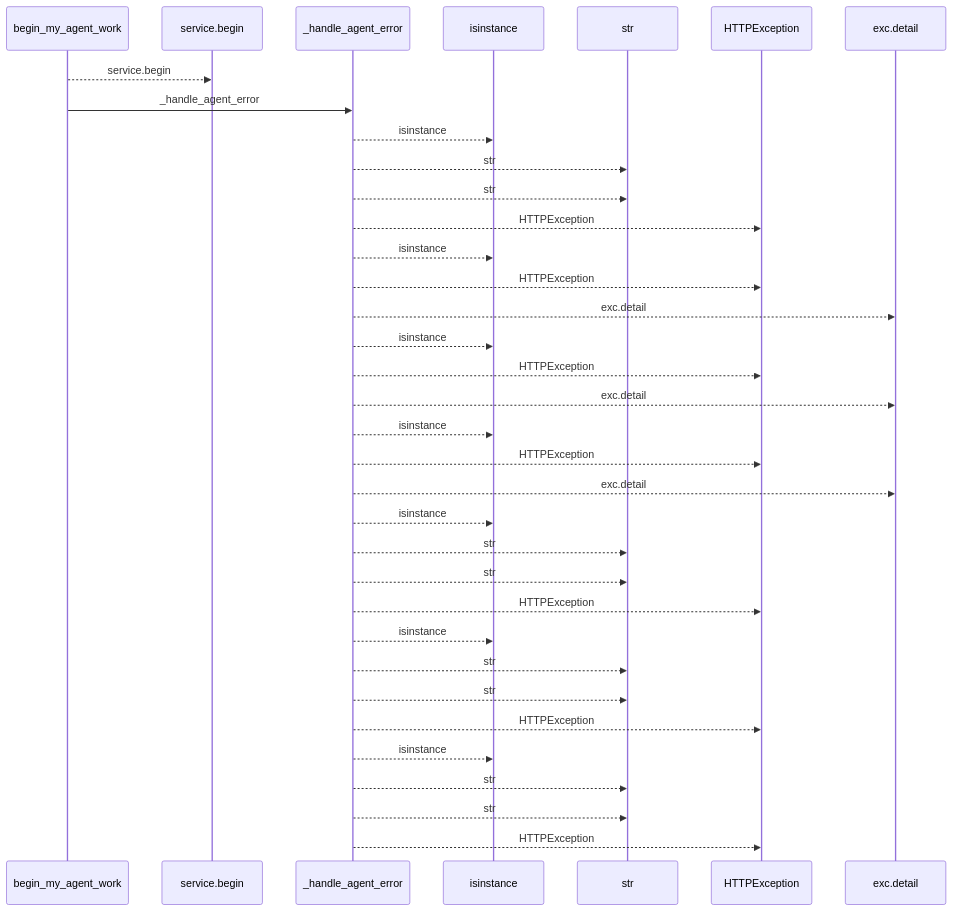
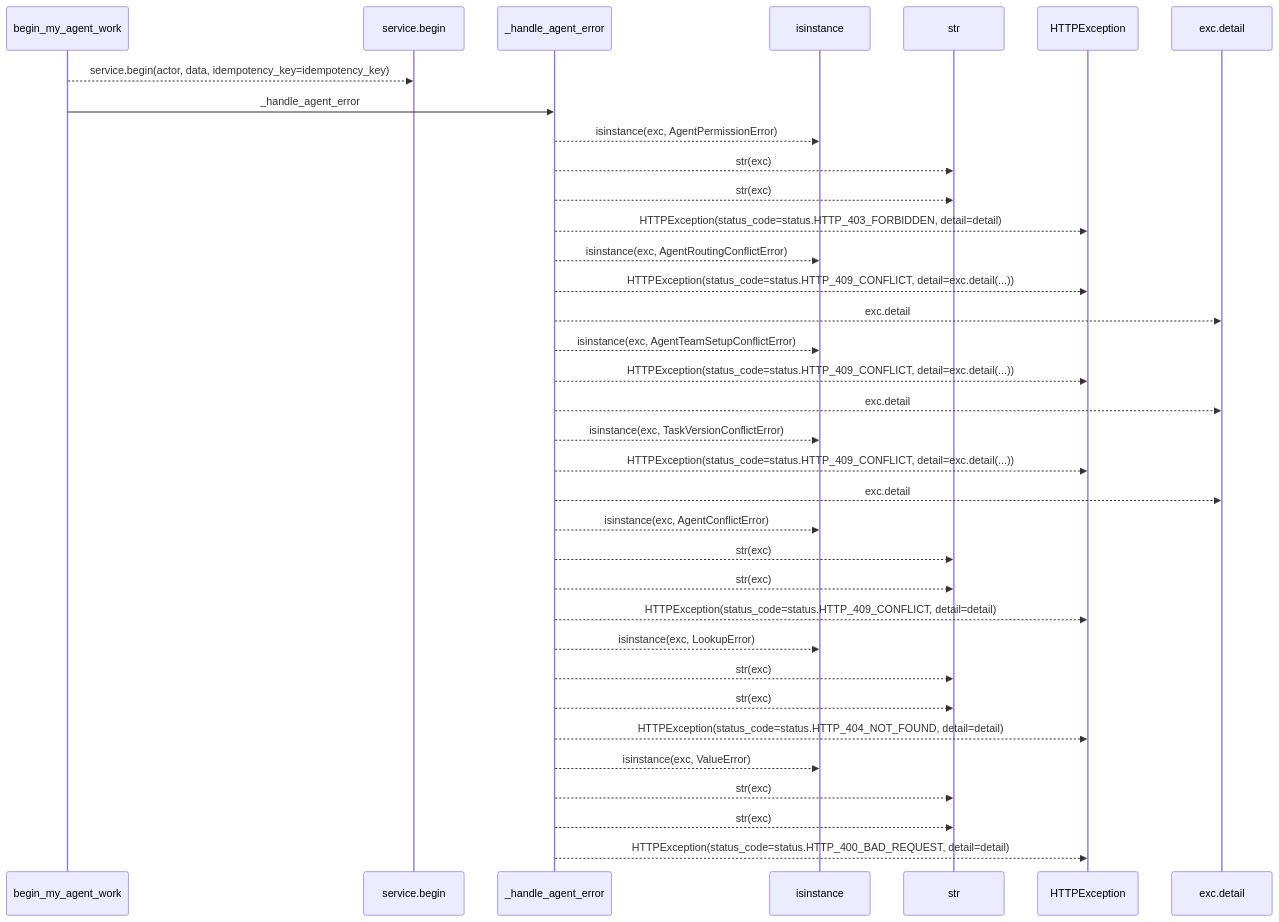
Before and after one commit to Denissvgn/WorkChord: the first of 2 diagrams in docs/llm_wiki/flows/http-begin_my_agent_work.md, drawn with Mermaid. The commit also changed other lines of this file and 25171 other files, not shown here.

````diff
--- a/docs/llm_wiki/flows/http-begin_my_agent_work.md
+++ b/docs/llm_wiki/flows/http-begin_my_agent_work.md
@@ -10,37 +12,37 @@
 ```mermaid
 sequenceDiagram
     participant p0 as begin_my_agent_work
     participant p1 as service.begin
     participant p2 as _handle_agent_error
     participant p3 as isinstance
     participant p4 as str
     participant p5 as HTTPException
     participant p6 as exc.detail
-    p0-->>p1: service.begin
+    p0-->>p1: service.begin(actor, data, idempotency_key=idempotency_key)
     p0->>p2: _handle_agent_error
-    p2-->>p3: isinstance
-    p2-->>p4: str
-    p2-->>p4: str
-    p2-->>p5: HTTPException
-    p2-->>p3: isinstance
-    p2-->>p5: HTTPException
+    p2-->>p3: isinstance(exc, AgentPermissionError)
+    p2-->>p4: str(exc)
+    p2-->>p4: str(exc)
+    p2-->>p5: HTTPException(status_code=status.HTTP_403_FORBIDDEN, detail=detail)
+    p2-->>p3: isinstance(exc, AgentRoutingConflictError)
+    p2-->>p5: HTTPException(status_code=status.HTTP_409_CONFLICT, detail=exc.detail(...))
     p2-->>p6: exc.detail
-    p2-->>p3: isinstance
-    p2-->>p5: HTTPException
+    p2-->>p3: isinstance(exc, AgentTeamSetupConflictError)
+    p2-->>p5: HTTPException(status_code=status.HTTP_409_CONFLICT, detail=exc.detail(...))
     p2-->>p6: exc.detail
-    p2-->>p3: isinstance
-    p2-->>p5: HTTPException
+    p2-->>p3: isinstance(exc, TaskVersionConflictError)
+    p2-->>p5: HTTPException(status_code=status.HTTP_409_CONFLICT, detail=exc.detail(...))
     p2-->>p6: exc.detail
-    p2-->>p3: isinstance
-    p2-->>p4: str
-    p2-->>p4: str
-    p2-->>p5: HTTPException
-    p2-->>p3: isinstance
-    p2-->>p4: str
-    p2-->>p4: str
-    p2-->>p5: HTTPException
-    p2-->>p3: isinstance
-    p2-->>p4: str
-    p2-->>p4: str
-    p2-->>p5: HTTPException
+    p2-->>p3: isinstance(exc, AgentConflictError)
+    p2-->>p4: str(exc)
+    p2-->>p4: str(exc)
+    p2-->>p5: HTTPException(status_code=status.HTTP_409_CONFLICT, detail=detail)
+    p2-->>p3: isinstance(exc, LookupError)
+    p2-->>p4: str(exc)
+    p2-->>p4: str(exc)
+    p2-->>p5: HTTPException(status_code=status.HTTP_404_NOT_FOUND, detail=detail)
+    p2-->>p3: isinstance(exc, ValueError)
+    p2-->>p4: str(exc)
+    p2-->>p4: str(exc)
+    p2-->>p5: HTTPException(status_code=status.HTTP_400_BAD_REQUEST, detail=detail)
 ```
````
